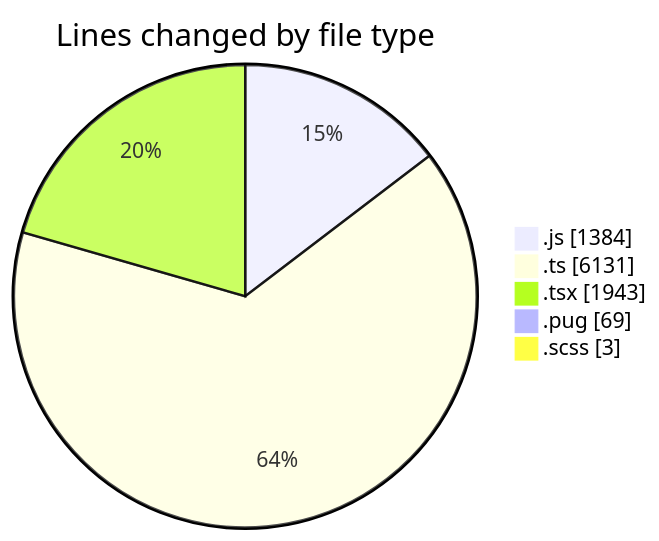
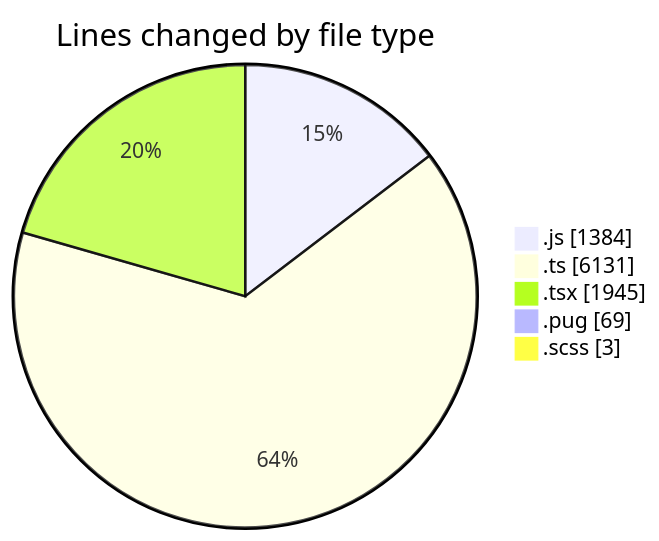
One commit to momahboobian/code-tracking changed the first of 2 diagrams in 2025-03-25/cda/README.md. Above: the diagram before and after it, drawn with Mermaid. The commit also changed other lines of this file and 1 other file, not shown here.

````diff
--- a/2025-03-25/cda/README.md
+++ b/2025-03-25/cda/README.md
@@ -38,9 +38,9 @@
 ```mermaid
 pie showData
 title Lines changed by file type
 ".js" : 1384
 ".ts" : 6131
-".tsx" : 1943
+".tsx" : 1945
 ".pug" : 69
 ".scss" : 3
 ```
````
